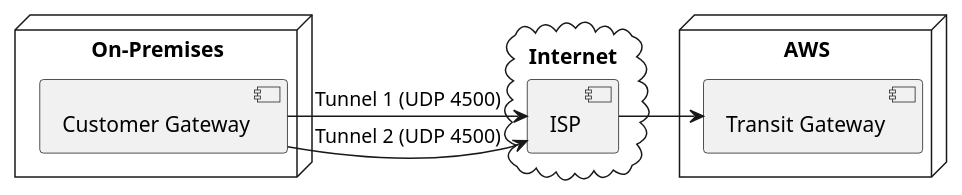
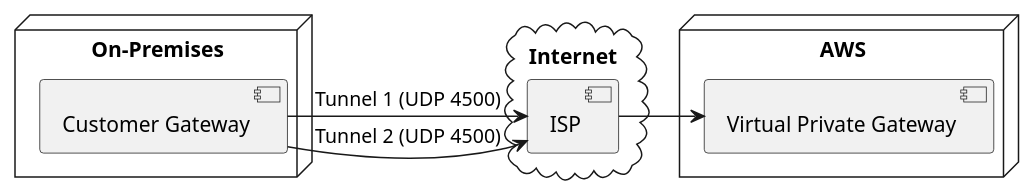
One commit to kiquetal/recert-aws-pro-skill-builder changed the diagram in courses/05-advanced-architecting-on-aws/assets/site-to-site-vpn.puml. Above: the diagram before and after it, drawn with PlantUML.

Commit message:
adding the diagram

```diff
--- a/courses/05-advanced-architecting-on-aws/assets/site-to-site-vpn.puml
+++ b/courses/05-advanced-architecting-on-aws/assets/site-to-site-vpn.puml
@@ -1,15 +1,15 @@
 @startuml
 skinparam componentStyle uml2
 node "On-Premises" {
     [Customer Gateway] as CGW
 }
 cloud "Internet" {
     [ISP]
 }
 node "AWS" {
-    [Transit Gateway] as TGW
+    [Virtual Private Gateway] as VGW
 }
 CGW -right-> ISP: Tunnel 1 (UDP 4500)
 CGW -right-> ISP: Tunnel 2 (UDP 4500)
-ISP -right-> TGW
+ISP -right-> VGW
 @enduml
```
